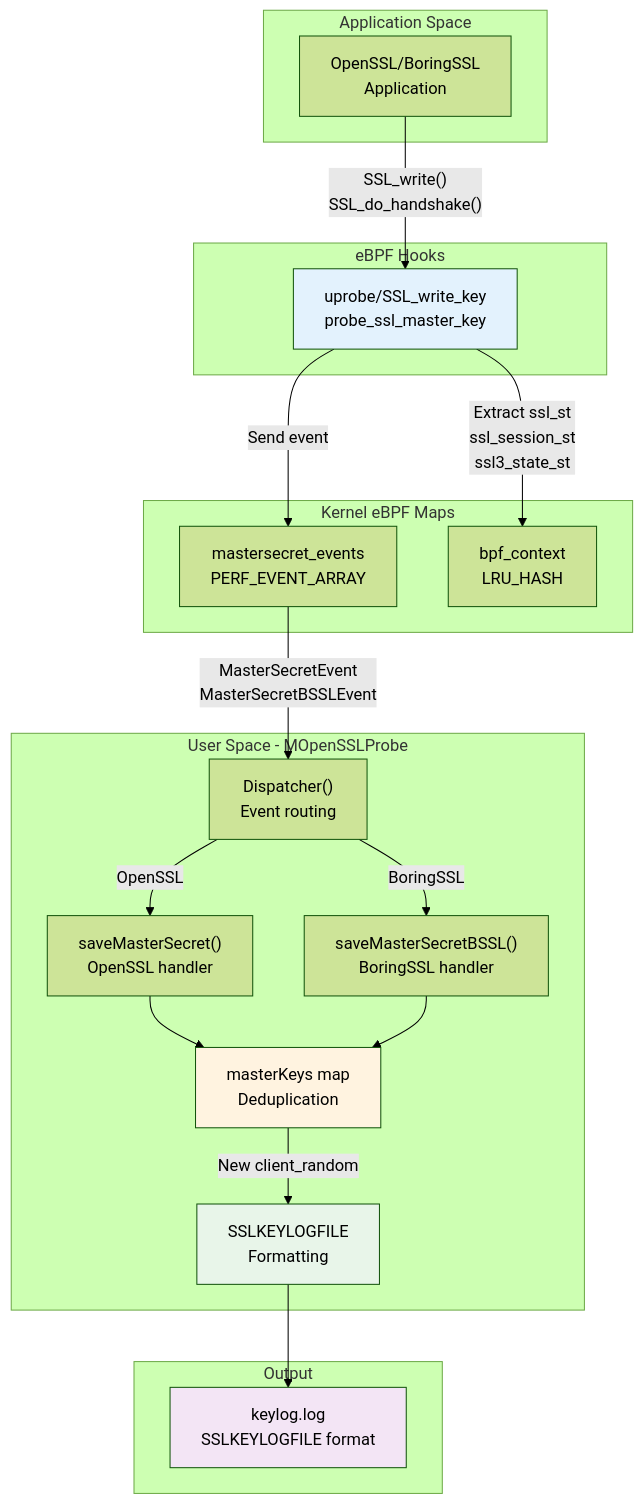
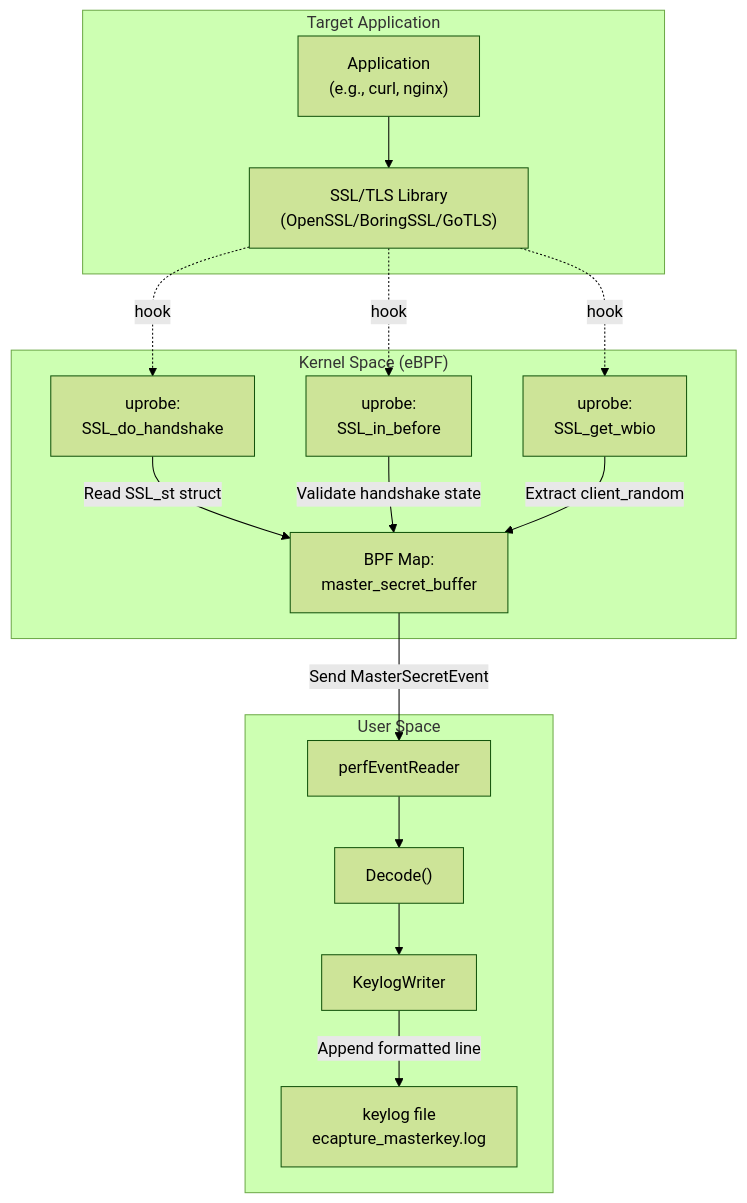
Before and after one commit to gojue/ecapture.cc: the first of 4 diagrams in src/en/4-output-formats/4.3-tls-key-logging.md, drawn with Mermaid (forest theme). The commit also changed other lines of this file and 115 other files, not shown here.

````diff
--- a/src/en/4-output-formats/4.3-tls-key-logging.md
+++ b/src/en/4-output-formats/4.3-tls-key-logging.md
@@ -42,43 +124,35 @@
 ```mermaid
-graph TB
-    subgraph "Application Space"
-        APP["OpenSSL/BoringSSL<br/>Application"]
+flowchart TB
+    subgraph "Target Application"
+        APP["Application<br/>(e.g., curl, nginx)"]
+        SSL_LIB["SSL/TLS Library<br/>(OpenSSL/BoringSSL/GoTLS)"]
     end
     
-    subgraph "eBPF Hooks"
-        UPROBE["uprobe/SSL_write_key<br/>probe_ssl_master_key"]
+    subgraph "Kernel Space (eBPF)"
+        UPROBE_HANDSHAKE["uprobe:<br/>SSL_do_handshake"]
+        UPROBE_BEFORE["uprobe:<br/>SSL_in_before"]
+        UPROBE_WBIO["uprobe:<br/>SSL_get_wbio"]
+        MS_MAP["BPF Map:<br/>master_secret_buffer"]
     end
     
-    subgraph "Kernel eBPF Maps"
-        MS_EVENTS["mastersecret_events<br/>PERF_EVENT_ARRAY"]
-        BPF_CTX["bpf_context<br/>LRU_HASH"]
+    subgraph "User Space"
+        READER["perfEventReader"]
+        DECODER["Decode()"]
+        KEYLOGGER["KeylogWriter"]
+        KEYLOG_FILE["keylog file<br/>ecapture_masterkey.log"]
     end
     
-    subgraph "User Space - MOpenSSLProbe"
-        DISPATCH["Dispatcher()<br/>Event routing"]
-        SAVE_OSSL["saveMasterSecret()<br/>OpenSSL handler"]
-        SAVE_BSSL["saveMasterSecretBSSL()<br/>BoringSSL handler"]
-        DEDUP["masterKeys map<br/>Deduplication"]
-        FORMAT["SSLKEYLOGFILE<br/>Formatting"]
-    end
+    APP --> SSL_LIB
+    SSL_LIB -.hook.-> UPROBE_HANDSHAKE
+    SSL_LIB -.hook.-> UPROBE_BEFORE
+    SSL_LIB -.hook.-> UPROBE_WBIO
     
-    subgraph "Output"
-        KEYLOG_FILE["keylog.log<br/>SSLKEYLOGFILE format"]
-    end
+    UPROBE_HANDSHAKE -->|"Read SSL_st struct"| MS_MAP
+    UPROBE_BEFORE -->|"Validate handshake state"| MS_MAP
+    UPROBE_WBIO -->|"Extract client_random"| MS_MAP
     
-    APP -->|"SSL_write()<br/>SSL_do_handshake()"| UPROBE
-    UPROBE -->|"Extract ssl_st<br/>ssl_session_st<br/>ssl3_state_st"| BPF_CTX
-    UPROBE -->|"Send event"| MS_EVENTS
-    MS_EVENTS -->|"MasterSecretEvent<br/>MasterSecretBSSLEvent"| DISPATCH
-    DISPATCH -->|"OpenSSL"| SAVE_OSSL
-    DISPATCH -->|"BoringSSL"| SAVE_BSSL
-    SAVE_OSSL --> DEDUP
-    SAVE_BSSL --> DEDUP
-    DEDUP -->|"New client_random"| FORMAT
-    FORMAT --> KEYLOG_FILE
-    
-    style UPROBE fill:#e3f2fd
-    style DEDUP fill:#fff3e0
-    style FORMAT fill:#e8f5e9
-    style KEYLOG_FILE fill:#f3e5f5
+    MS_MAP -->|"Send MasterSecretEvent"| READER
+    READER --> DECODER
+    DECODER --> KEYLOGGER
+    KEYLOGGER -->|"Append formatted line"| KEYLOG_FILE
 ```
````
